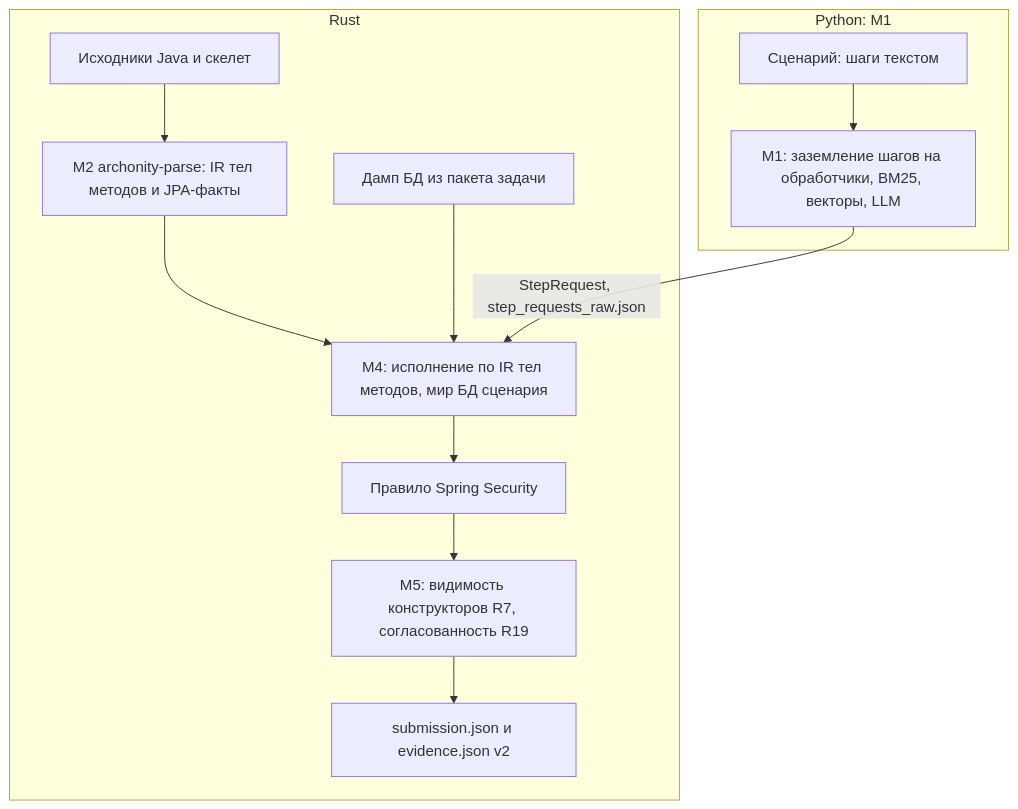
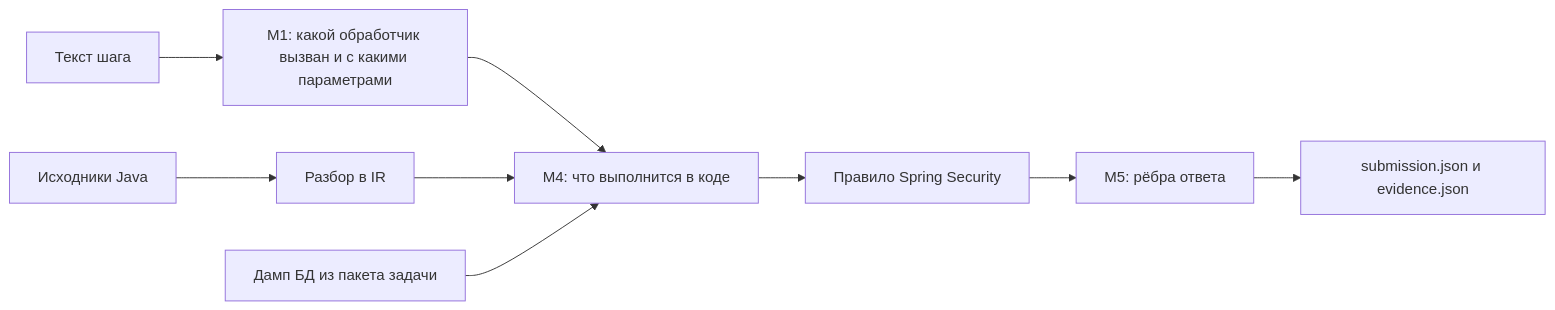
One commit to teamv39/archonity changed the diagram in README.md. Above: the diagram before and after it, drawn with Mermaid. The commit also changed other lines of this file and 3 other files, not shown here.

````diff
--- a/README.md
+++ b/README.md
@@ -139,16 +18,10 @@
 ```mermaid
-flowchart TD
-    subgraph PY[Python: M1]
-        S[Сценарий: шаги текстом] --> M1[M1: заземление шагов на обработчики, BM25, векторы, LLM]
-    end
-    subgraph RS[Rust]
-        SRC[Исходники Java и скелет] --> M2[M2 archonity-parse: IR тел методов и JPA-факты]
-        M4[M4: исполнение по IR тел методов, мир БД сценария]
-        M2 --> M4
-        DB[Дамп БД из пакета задачи] --> M4
-        M4 --> SS[Правило Spring Security]
-        SS --> M5[M5: видимость конструкторов R7, согласованность R19]
-        M5 --> OUT[submission.json и evidence.json v2]
-    end
-    M1 -->|StepRequest, step_requests_raw.json| M4
+flowchart LR
+    T[Текст шага] --> M1[M1: какой обработчик вызван и с какими параметрами]
+    M1 --> M4[M4: что выполнится в коде]
+    M4 --> SS[Правило Spring Security]
+    SS --> M5[M5: рёбра ответа]
+    M5 --> OUT[submission.json и evidence.json]
+    SRC[Исходники Java] --> IR[Разбор в IR] --> M4
+    DB[Дамп БД из пакета задачи] --> M4
 ```
````
